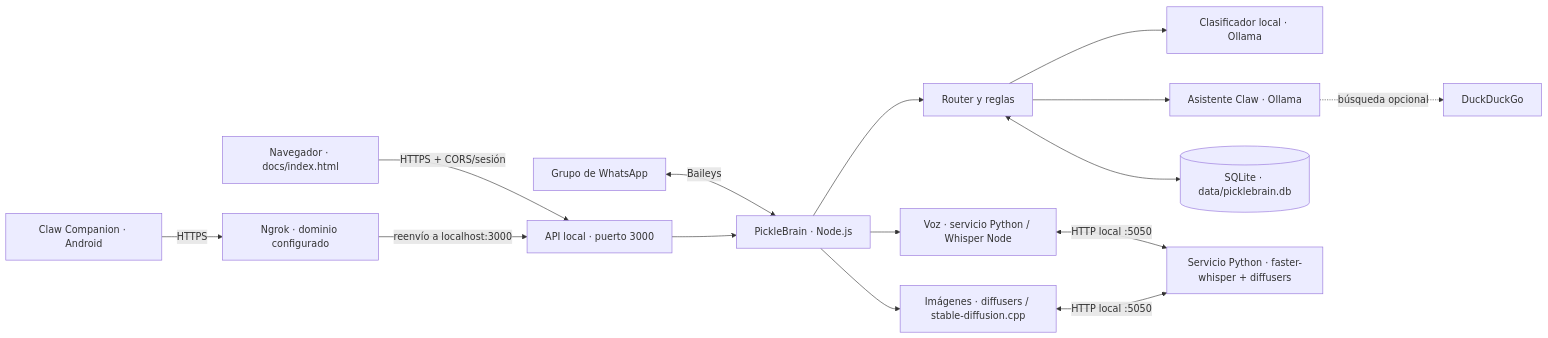
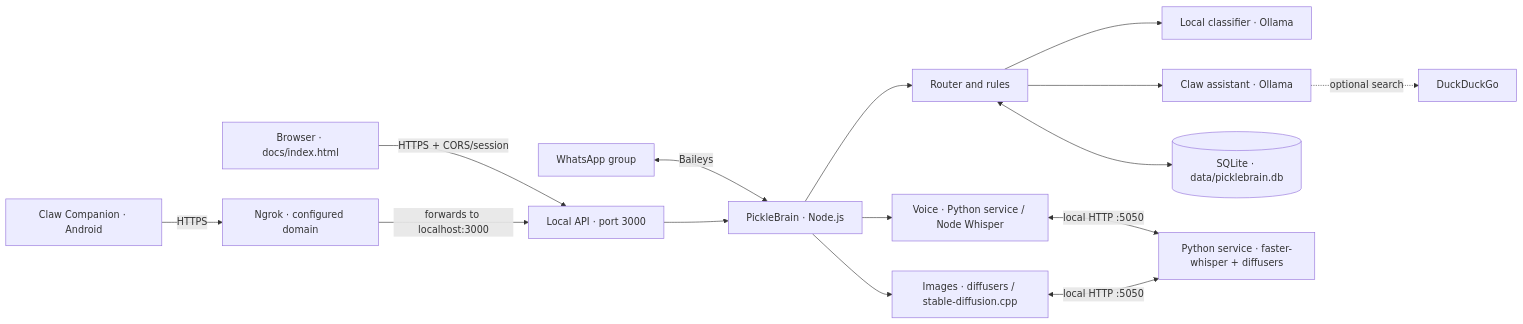
Before and after one commit to ClawProject/El-Repositorio-de-Claw: the diagram in docs/arquitectura.md, drawn with Mermaid. The commit also changed other lines of this file and 63 other files, not shown here.

````diff
--- a/docs/arquitectura.md
+++ b/docs/arquitectura.md
@@ -10,17 +10,17 @@
 ```mermaid
 flowchart LR
-  WA[Grupo de WhatsApp] <-->|Baileys| BOT[PickleBrain · Node.js]
-  WEB[Navegador · docs/index.html] -->|HTTPS + CORS/sesión| API[API local · puerto 3000]
-  APP[Claw Companion · Android] -->|HTTPS| NG[Ngrok · dominio configurado]
-  NG -->|reenvío a localhost:3000| API
+  WA[WhatsApp group] <-->|Baileys| BOT[PickleBrain · Node.js]
+  WEB[Browser · docs/index.html] -->|HTTPS + CORS/session| API[Local API · port 3000]
+  APP[Claw Companion · Android] -->|HTTPS| NG[Ngrok · configured domain]
+  NG -->|forwards to localhost:3000| API
   API --> BOT
-  BOT --> ROUTER[Router y reglas]
-  ROUTER --> BRAIN[Clasificador local · Ollama]
-  ROUTER --> CLAW[Asistente Claw · Ollama]
+  BOT --> ROUTER[Router and rules]
+  ROUTER --> BRAIN[Local classifier · Ollama]
+  ROUTER --> CLAW[Claw assistant · Ollama]
   ROUTER <--> DB[(SQLite · data/picklebrain.db)]
-  BOT --> VOICE[Voz · servicio Python / Whisper Node]
-  BOT --> IMG[Imágenes · diffusers / stable-diffusion.cpp]
-  VOICE <-->|HTTP local :5050| PY[Servicio Python · faster-whisper + diffusers]
-  IMG <-->|HTTP local :5050| PY
-  CLAW -. búsqueda opcional .-> DDG[DuckDuckGo]
+  BOT --> VOICE[Voice · Python service / Node Whisper]
+  BOT --> IMG[Images · diffusers / stable-diffusion.cpp]
+  VOICE <-->|local HTTP :5050| PY[Python service · faster-whisper + diffusers]
+  IMG <-->|local HTTP :5050| PY
+  CLAW -. optional search .-> DDG[DuckDuckGo]
 ```
````
